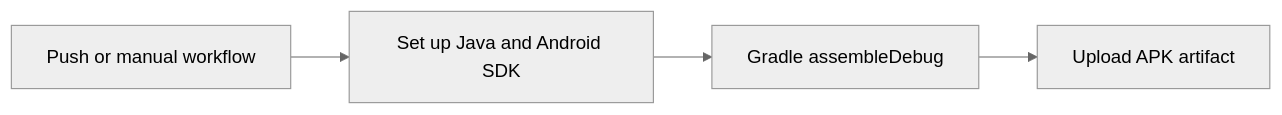
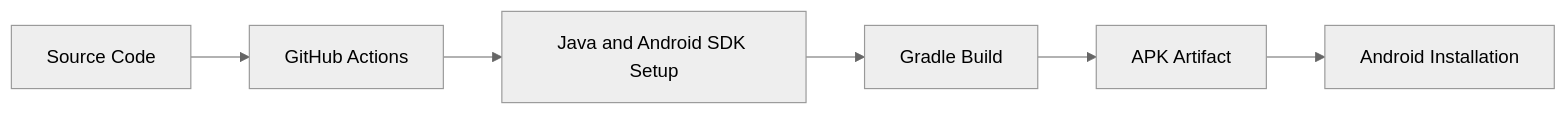
Before and after one commit to arafat-rahman-lisan/Life_Mirror: the fourth of 4 diagrams in README.md, drawn with Mermaid (neutral theme). The commit also changed other lines of this file, not shown here.

````diff
--- a/README.md
+++ b/README.md
@@ -109,6 +325,8 @@
 ```mermaid
 flowchart LR
-    A[Push or manual workflow] --> B[Set up Java and Android SDK]
-    B --> C[Gradle assembleDebug]
-    C --> D[Upload APK artifact]
+    A[Source Code] --> B[GitHub Actions]
+    B --> C[Java and Android SDK Setup]
+    C --> D[Gradle Build]
+    D --> E[APK Artifact]
+    E --> F[Android Installation]
 ```
````
